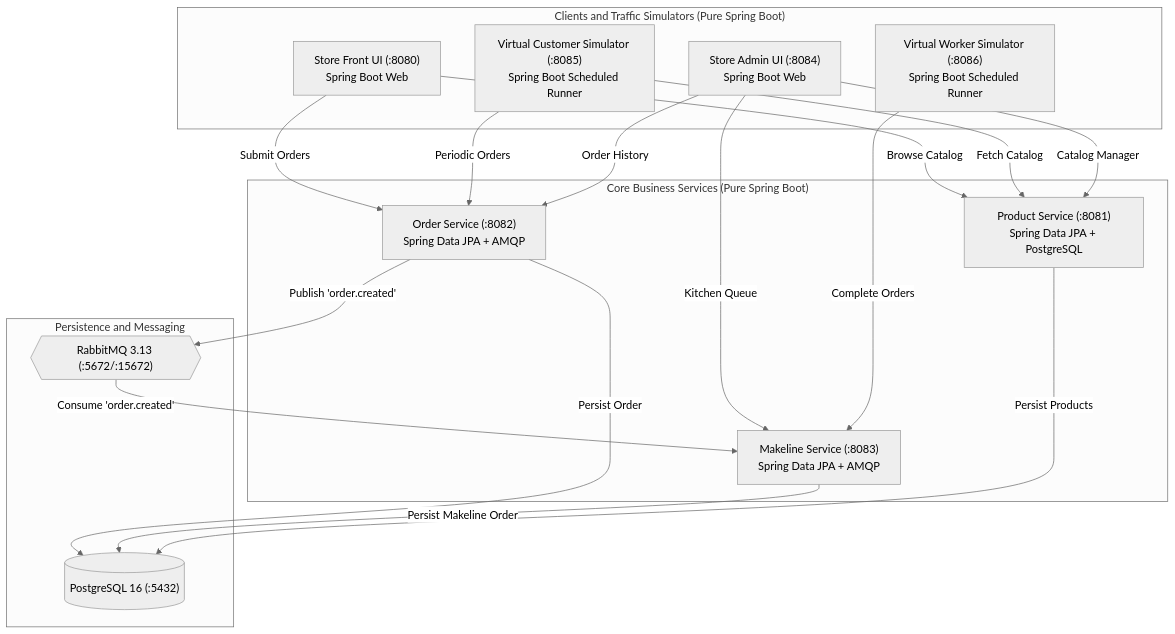
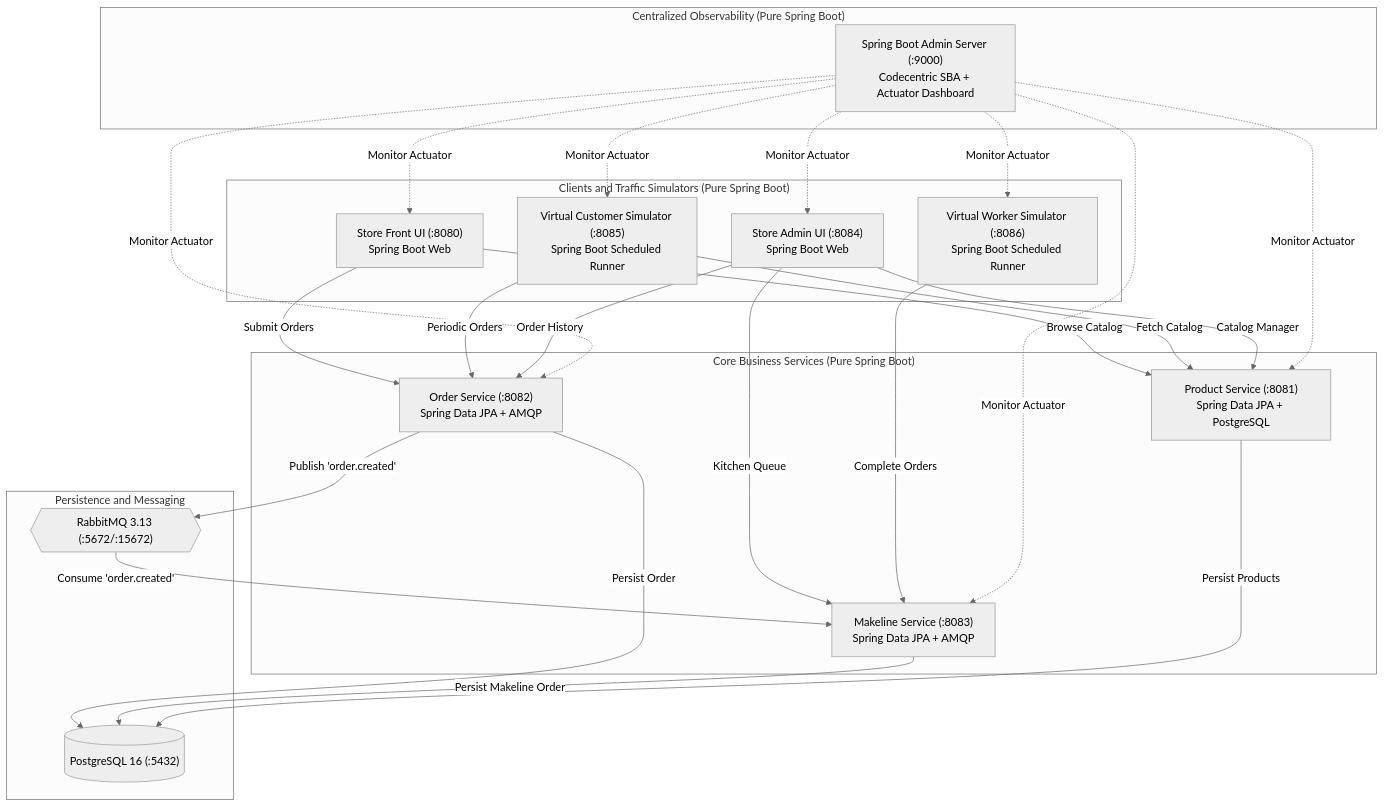
Before and after one commit to s4ravanan/pet-store: the first of 2 diagrams in README.md, drawn with Mermaid (neutral theme). The commit also changed other lines of this file and 28 other files, not shown here.

Commit message:
feat: Add Spring Boot Admin server and client observability to all microservices

````diff
--- a/README.md
+++ b/README.md
@@ -12,36 +12,48 @@
 ```mermaid
 flowchart TD
+    subgraph monitoring["Centralized Observability (Pure Spring Boot)"]
+        SBA["Spring Boot Admin Server (:9000)<br/>Codecentric SBA + Actuator Dashboard"]
+    end
+
     subgraph clients["Clients and Traffic Simulators (Pure Spring Boot)"]
         SF["Store Front UI (:8080)<br/>Spring Boot Web"]
         SA["Store Admin UI (:8084)<br/>Spring Boot Web"]
         VC["Virtual Customer Simulator (:8085)<br/>Spring Boot Scheduled Runner"]
         VW["Virtual Worker Simulator (:8086)<br/>Spring Boot Scheduled Runner"]
     end
 
     subgraph services["Core Business Services (Pure Spring Boot)"]
         PS["Product Service (:8081)<br/>Spring Data JPA + PostgreSQL"]
         OS["Order Service (:8082)<br/>Spring Data JPA + AMQP"]
         MS["Makeline Service (:8083)<br/>Spring Data JPA + AMQP"]
     end
 
     subgraph persistence["Persistence and Messaging"]
         PG[("PostgreSQL 16 (:5432)")]
         RMQ{{"RabbitMQ 3.13 (:5672/:15672)"}}
     end
 
     SF -->|Browse Catalog| PS
     SF -->|Submit Orders| OS
     VC -->|Periodic Orders| OS
     VC -->|Fetch Catalog| PS
 
     SA -->|Catalog Manager| PS
     SA -->|Order History| OS
     SA -->|Kitchen Queue| MS
     VW -->|Complete Orders| MS
 
     OS -->|Persist Order| PG
     OS -->|Publish 'order.created'| RMQ
     RMQ -->|Consume 'order.created'| MS
     MS -->|Persist Makeline Order| PG
     PS -->|Persist Products| PG
+
+    SBA -.->|Monitor Actuator| SF
+    SBA -.->|Monitor Actuator| SA
+    SBA -.->|Monitor Actuator| VC
+    SBA -.->|Monitor Actuator| VW
+    SBA -.->|Monitor Actuator| PS
+    SBA -.->|Monitor Actuator| OS
+    SBA -.->|Monitor Actuator| MS
 ```
````
